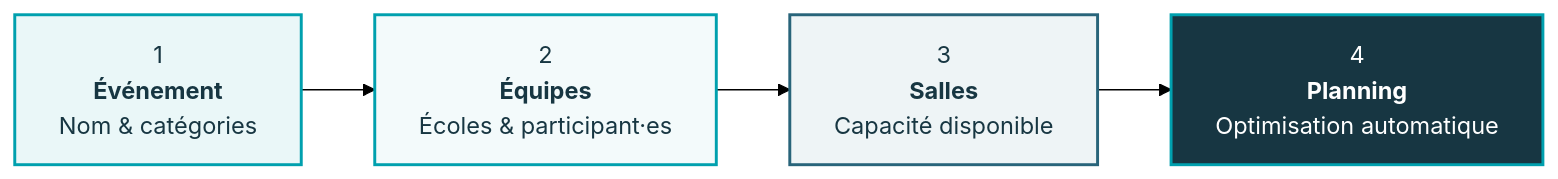
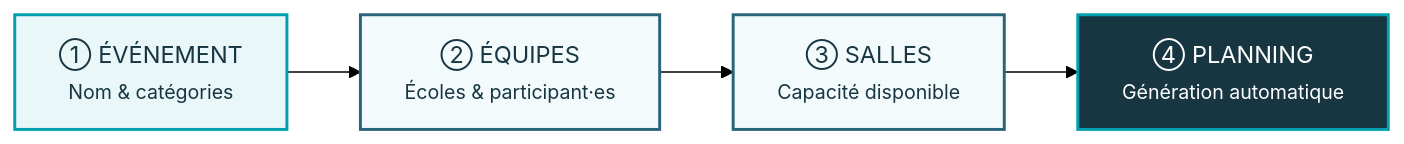
Before and after one commit to YDucrest/Debate_Planner_JD_FR: the first of 4 diagrams in README.md, drawn with Mermaid (forest theme). The commit also changed other lines of this file, not shown here.

````diff
--- a/README.md
+++ b/README.md
@@ -61,19 +102,17 @@
 ```mermaid
 flowchart LR
-    A["1<br/><b>Événement</b><br/>Nom & catégories"]
-    B["2<br/><b>Équipes</b><br/>Écoles & participant·es"]
-    C["3<br/><b>Salles</b><br/>Capacité disponible"]
-    D["4<br/><b>Planning</b><br/>Optimisation automatique"]
+    A["① ÉVÉNEMENT<br/><small>Nom & catégories</small>"]
+    B["② ÉQUIPES<br/><small>Écoles & participant·es</small>"]
+    C["③ SALLES<br/><small>Capacité disponible</small>"]
+    D["④ PLANNING<br/><small>Génération automatique</small>"]
 
     A --> B --> C --> D
 
-    classDef step1 fill:#EAF7F8,stroke:#00A0AE,color:#173642,stroke-width:2px;
-    classDef step2 fill:#F3FAFB,stroke:#00A0AE,color:#173642,stroke-width:2px;
-    classDef step3 fill:#EEF4F6,stroke:#28647A,color:#173642,stroke-width:2px;
-    classDef step4 fill:#173642,stroke:#00A0AE,color:#FFFFFF,stroke-width:2px;
+    classDef first fill:#EAF7F8,stroke:#00A0AE,color:#173642,stroke-width:2px;
+    classDef middle fill:#F3FAFB,stroke:#28647A,color:#173642,stroke-width:2px;
+    classDef last fill:#173642,stroke:#00A0AE,color:#FFFFFF,stroke-width:2px;
 
-    class A step1;
-    class B step2;
-    class C step3;
-    class D step4;
+    class A first;
+    class B,C middle;
+    class D last;
 ```
````
